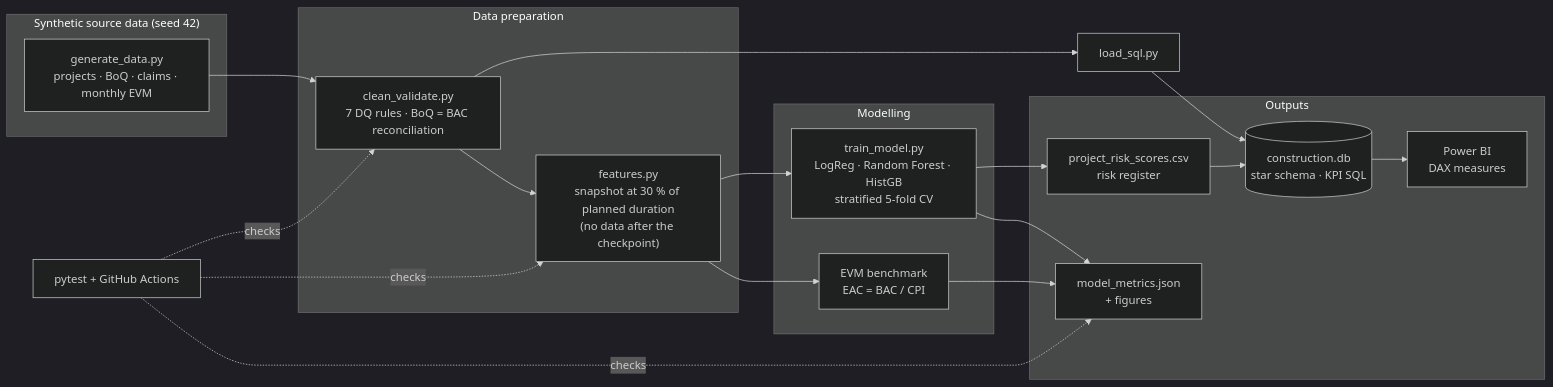
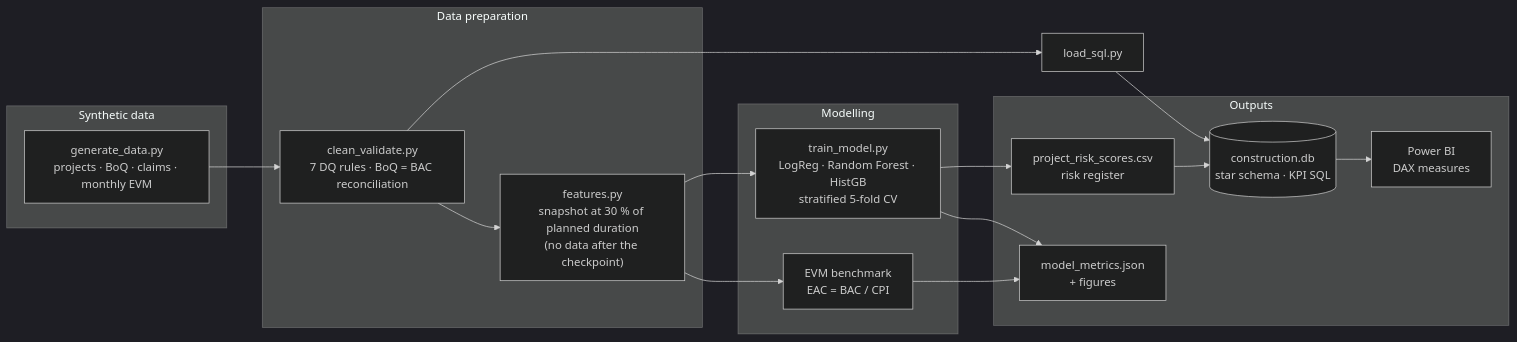
One commit to mohammedelsayed741996-blip/construction-cost-overrun-risk changed the diagram in README.md. Above: the diagram before and after it, drawn with Mermaid (dark theme).

Commit message:
Simplify the architecture diagram
Claude-Session: https://claude.ai/code/session_01Y5g9eNVqchiysuXt7zxw5t

````diff
--- a/README.md
+++ b/README.md
@@ -30,25 +30,24 @@
 ```mermaid
 flowchart LR
-    subgraph SRC["Synthetic source data (seed 42)"]
+    subgraph SRC["Synthetic data"]
         G["generate_data.py<br/>projects · BoQ · claims · monthly EVM"]
     end
     subgraph PREP["Data preparation"]
         C["clean_validate.py<br/>7 DQ rules · BoQ = BAC reconciliation"]
         F["features.py<br/>snapshot at 30 % of planned duration<br/>(no data after the checkpoint)"]
     end
     subgraph ML["Modelling"]
         T["train_model.py<br/>LogReg · Random Forest · HistGB<br/>stratified 5-fold CV"]
         B["EVM benchmark<br/>EAC = BAC / CPI"]
     end
     subgraph OUT["Outputs"]
         R["project_risk_scores.csv<br/>risk register"]
         M["model_metrics.json<br/>+ figures"]
         DB[("construction.db<br/>star schema · KPI SQL")]
         PBI["Power BI<br/>DAX measures"]
     end
     G --> C --> F --> T --> R & M
     F --> B --> M
     C --> L["load_sql.py"] --> DB --> PBI
     R --> DB
-    TEST["pytest + GitHub Actions"] -. checks .-> C & F & M
 ```
````
